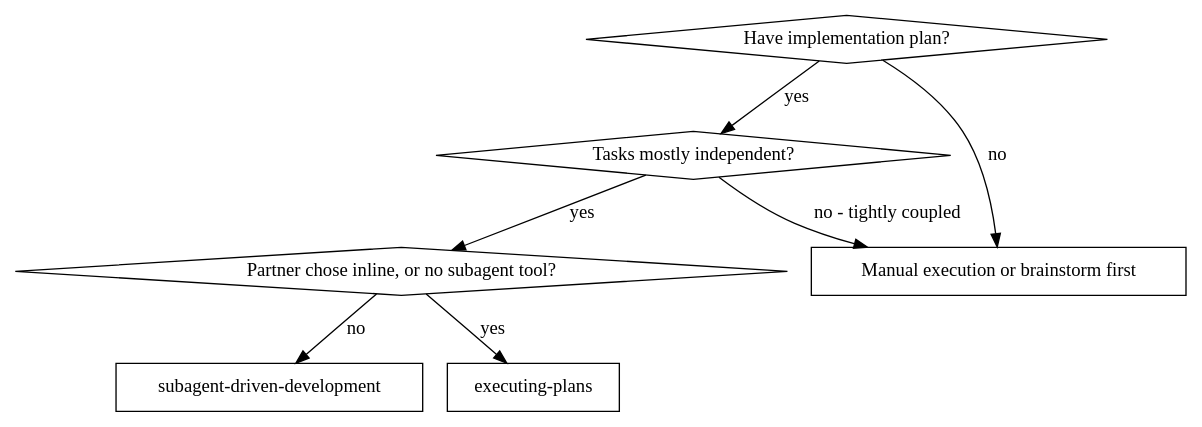
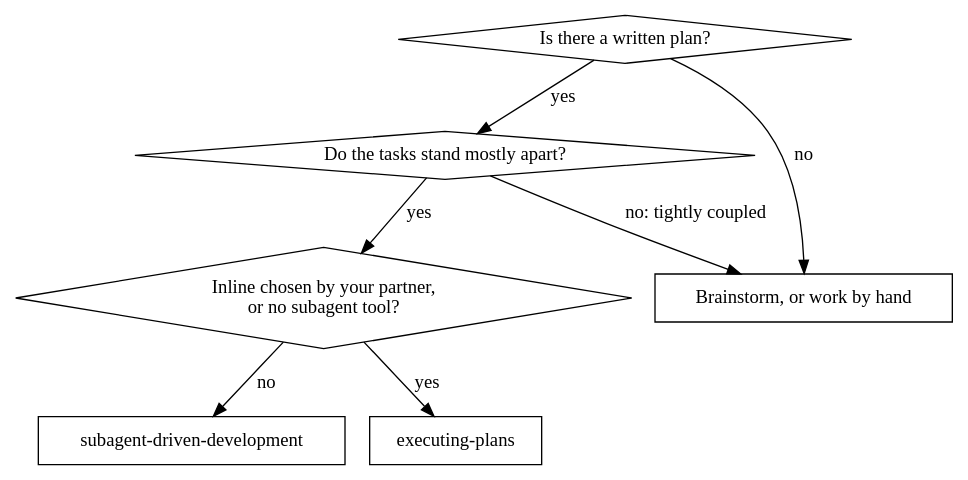
The first of 2 diagrams in catalog/skills/subagent-driven-development/SKILL.md (Richicinschi/studio-os), drawn with Graphviz before and after one commit. The commit also changed other lines of this file and 888 other files, not shown here.

````diff
--- a/catalog/skills/subagent-driven-development/SKILL.md
+++ b/catalog/skills/subagent-driven-development/SKILL.md
@@ -44,17 +46,16 @@
 ```dot
-digraph when_to_use {
-    "Have implementation plan?" [shape=diamond];
-    "Tasks mostly independent?" [shape=diamond];
-    "Partner chose inline, or no subagent tool?" [shape=diamond];
-    "subagent-driven-development" [shape=box];
-    "executing-plans" [shape=box];
-    "Manual execution or brainstorm first" [shape=box];
-
-    "Have implementation plan?" -> "Tasks mostly independent?" [label="yes"];
-    "Have implementation plan?" -> "Manual execution or brainstorm first" [label="no"];
-    "Tasks mostly independent?" -> "Partner chose inline, or no subagent tool?" [label="yes"];
-    "Tasks mostly independent?" -> "Manual execution or brainstorm first" [label="no - tightly coupled"];
-    "Partner chose inline, or no subagent tool?" -> "executing-plans" [label="yes"];
-    "Partner chose inline, or no subagent tool?" -> "subagent-driven-development" [label="no"];
+digraph pick {
+    plan [label="Is there a written plan?", shape=diamond];
+    indep [label="Do the tasks stand mostly apart?", shape=diamond];
+    inline [label="Inline chosen by your partner,\nor no subagent tool?", shape=diamond];
+    sdd [label="subagent-driven-development", shape=box];
+    ep [label="executing-plans", shape=box];
+    first [label="Brainstorm, or work by hand", shape=box];
+    plan -> indep [label="yes"];
+    plan -> first [label="no"];
+    indep -> inline [label="yes"];
+    indep -> first [label="no: tightly coupled"];
+    inline -> ep [label="yes"];
+    inline -> sdd [label="no"];
 }
 ```
````
